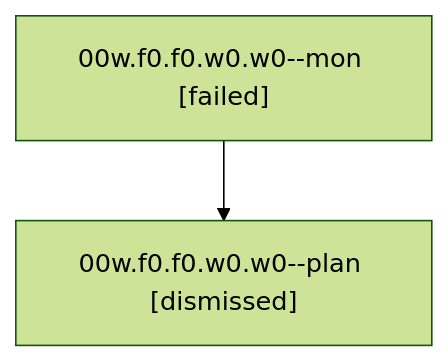
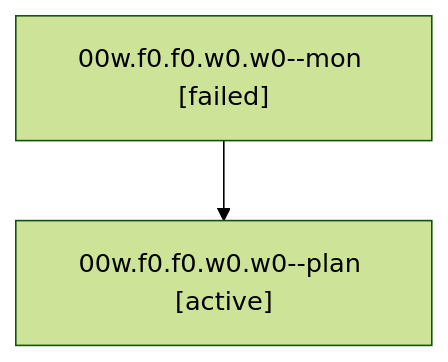
One commit to bobs-org/bob-cli--agents changed the diagram in families/bbugyi200.athena.00w.f0.f0.w0.w0.md. Above: the diagram before and after it, drawn with Mermaid (forest theme). The commit also changed other lines of this file and 1279 other files, not shown here.

````diff
--- a/families/bbugyi200.athena.00w.f0.f0.w0.w0.md
+++ b/families/bbugyi200.athena.00w.f0.f0.w0.w0.md
@@ -9,6 +9,6 @@
 ```mermaid
 flowchart TD
   n0["00w.f0.f0.w0.w0--mon [failed]"]
-  n1["00w.f0.f0.w0.w0--plan [dismissed]"]
+  n1["00w.f0.f0.w0.w0--plan [active]"]
   n0 --> n1
 ```
````
